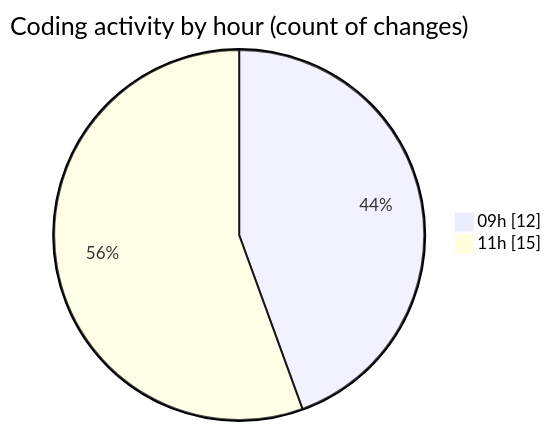
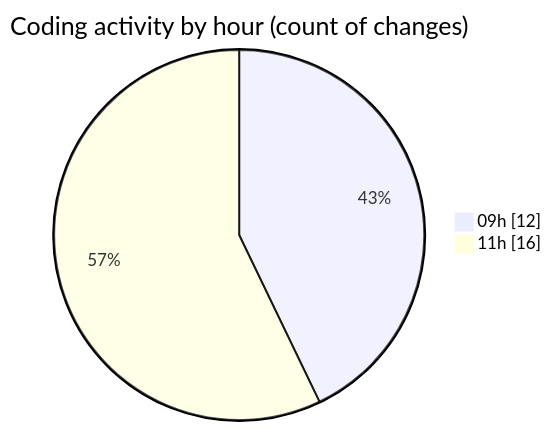
Before and after one commit to robertbonfada/code-tracking: the second of 2 diagrams in 2025-02-20/mbc-web/README.md, drawn with Mermaid. The commit also changed other lines of this file and 1 other file, not shown here.

````diff
--- a/2025-02-20/mbc-web/README.md
+++ b/2025-02-20/mbc-web/README.md
@@ -46,6 +46,6 @@
 ```mermaid
 pie showData
 title Coding activity by hour (count of changes)
 "09h" : 12
-"11h" : 15
+"11h" : 16
 ```
````
